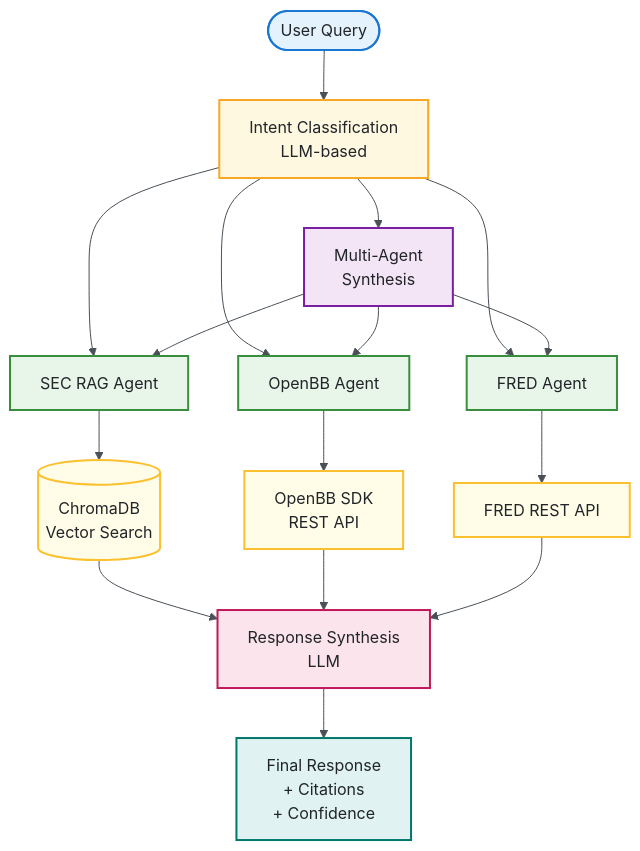
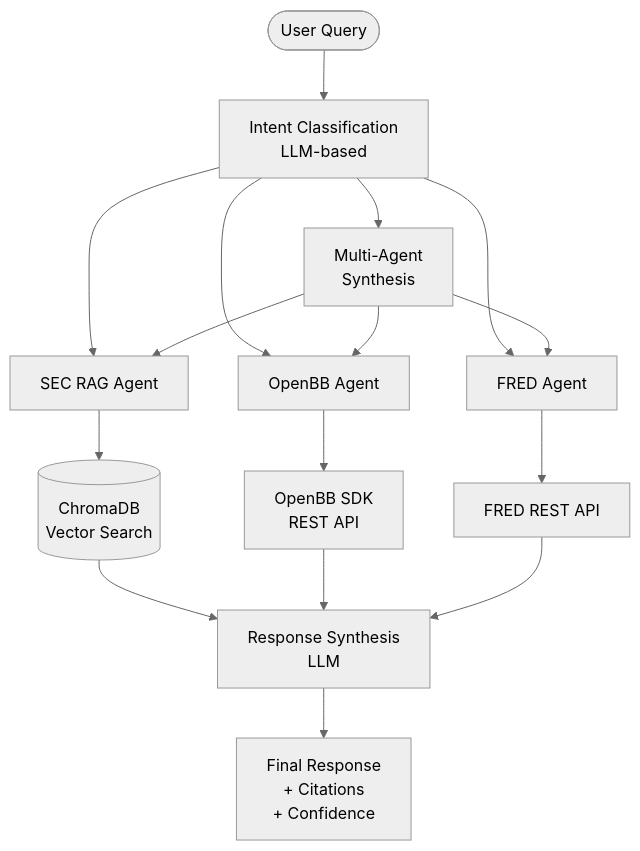
The third of 3 diagrams in README.md (kaushikkumarkr/AlphaEdge), drawn with Mermaid before and after one commit. The commit also changed other lines of this file, not shown here.

````diff
--- a/README.md
+++ b/README.md
@@ -363,38 +340,26 @@
 ```mermaid
-%%{init: {'theme': 'base', 'themeVariables': {'primaryColor':'#f8f9fa', 'primaryTextColor':'#212529', 'primaryBorderColor':'#495057', 'lineColor':'#495057', 'secondaryColor':'#e9ecef', 'tertiaryColor':'#dee2e6', 'background':'#ffffff', 'mainBkg':'#ffffff', 'secondBkg':'#f8f9fa', 'clusterBkg':'#f8f9fa', 'clusterBorder':'#495057', 'edgeLabelBackground':'#ffffff', 'nodeTextColor':'#212529'}, 'flowchart': {'htmlLabels': true, 'curve': 'basis'}}}%%
+%%{init: {'theme': 'neutral'}}%%
 graph TD
     Start([User Query]) --> Classify[Intent Classification<br/>LLM-based]
 
     Classify --> SEC[SEC RAG Agent]
     Classify --> OBB[OpenBB Agent]
     Classify --> FRED[FRED Agent]
     Classify --> Multi[Multi-Agent<br/>Synthesis]
 
     SEC --> Vector[(ChromaDB<br/>Vector Search)]
 
     OBB --> OBBSDK[OpenBB SDK<br/>REST API]
 
     FRED --> FREDAPI[FRED REST API]
 
     Multi --> SEC
     Multi --> OBB
     Multi --> FRED
 
     Vector --> Synthesize[Response Synthesis<br/>LLM]
     OBBSDK --> Synthesize
     FREDAPI --> Synthesize
 
     Synthesize --> Final[Final Response<br/>+ Citations<br/>+ Confidence]
-
-    style Start fill:#e3f2fd,stroke:#1976d2,stroke-width:2px,color:#212529
-    style Classify fill:#fff8e1,stroke:#f9a825,stroke-width:2px,color:#212529
-    style SEC fill:#e8f5e9,stroke:#388e3c,stroke-width:2px,color:#212529
-    style OBB fill:#e8f5e9,stroke:#388e3c,stroke-width:2px,color:#212529
-    style FRED fill:#e8f5e9,stroke:#388e3c,stroke-width:2px,color:#212529
-    style Multi fill:#f3e5f5,stroke:#7b1fa2,stroke-width:2px,color:#212529
-    style Vector fill:#fffde7,stroke:#fbc02d,stroke-width:2px,color:#212529
-    style OBBSDK fill:#fffde7,stroke:#fbc02d,stroke-width:2px,color:#212529
-    style FREDAPI fill:#fffde7,stroke:#fbc02d,stroke-width:2px,color:#212529
-    style Synthesize fill:#fce4ec,stroke:#c2185b,stroke-width:2px,color:#212529
-    style Final fill:#e0f2f1,stroke:#00796b,stroke-width:2px,color:#212529
 ```
````
